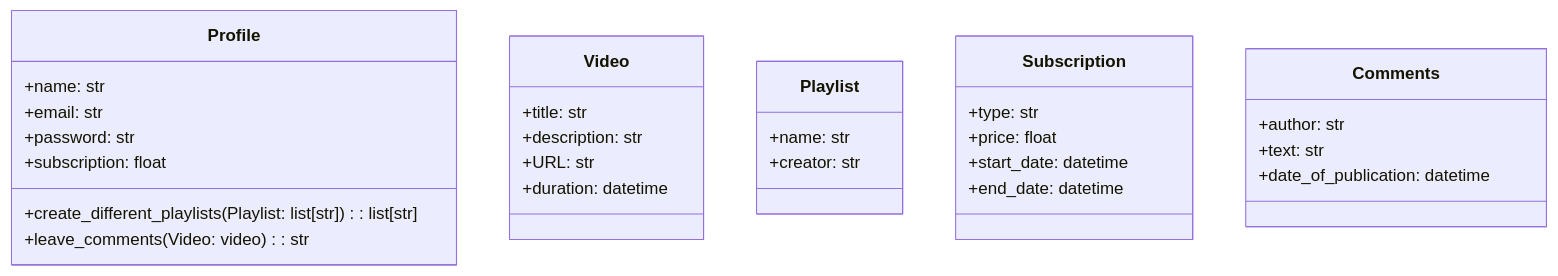
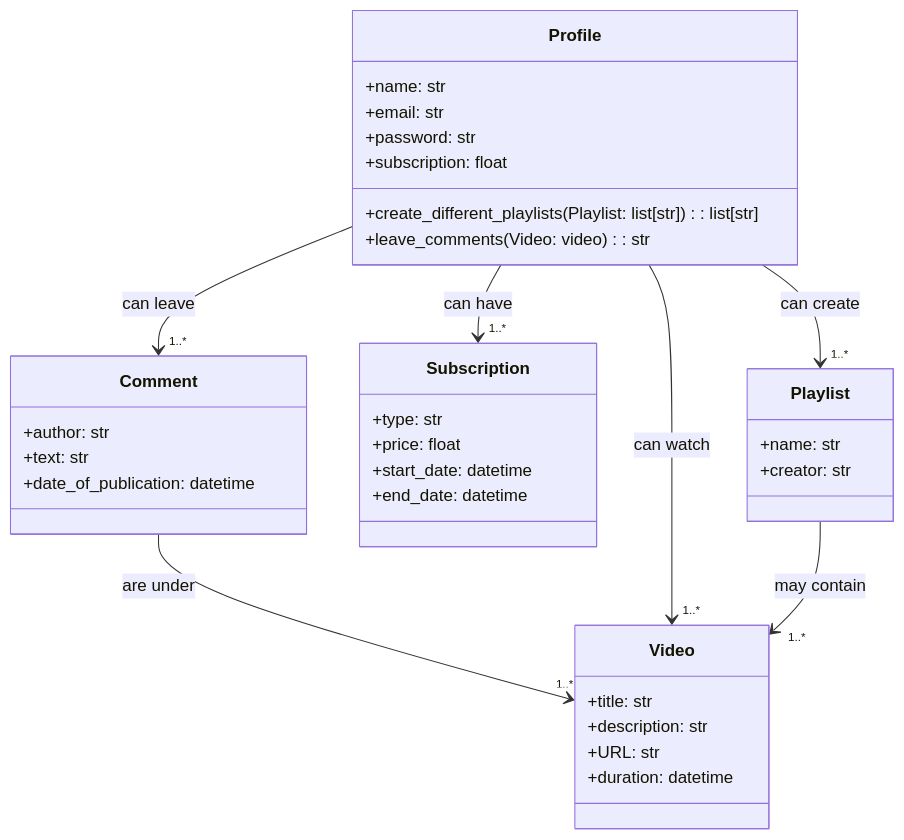
One commit to LucaPontellini/Homepage changed the diagram in Computer_science/New_Python_exercises/Exercises_with_MarmaidJS/Pontellini_032.md. Above: the diagram before and after it, drawn with Mermaid. The commit also changed other lines of this file, not shown here.

````diff
--- a/Computer_science/New_Python_exercises/Exercises_with_MarmaidJS/Pontellini_032.md
+++ b/Computer_science/New_Python_exercises/Exercises_with_MarmaidJS/Pontellini_032.md
@@ -21,36 +21,43 @@
 ```mermaid
 classDiagram
     class Profile {
         +name: str
         +email: str
         +password: str
         +subscription: float
         +create_different_playlists(Playlist: list[str]): list[str]
         +leave_comments(Video: video): str
     }
 
     class Video {
         +title: str
         +description: str
         +URL: str
         +duration: datetime
     }
 
     class Playlist {
         +name: str
         +creator: str
     }
 
     class Subscription {
         +type: str
         +price: float
         +start_date: datetime
         +end_date: datetime
     }
 
-    class Comments {
+    class Comment {
         +author: str
         +text: str
         +date_of_publication: datetime
     }
+
+    Profile --> "1..*" Playlist : can create
+    Profile --> "1..*" Subscription : can have
+    Profile --> "1..*" Comment : can leave
+    Comment --> "1..*" Video : are under
+    Profile --> "1..*" Video : can watch
+    Playlist --> "1..*" Video : may contain
 ```
````
